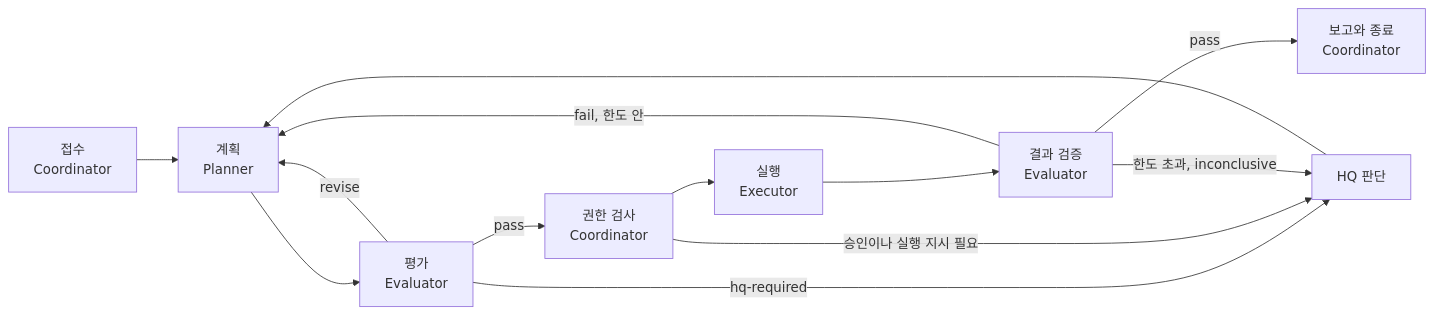
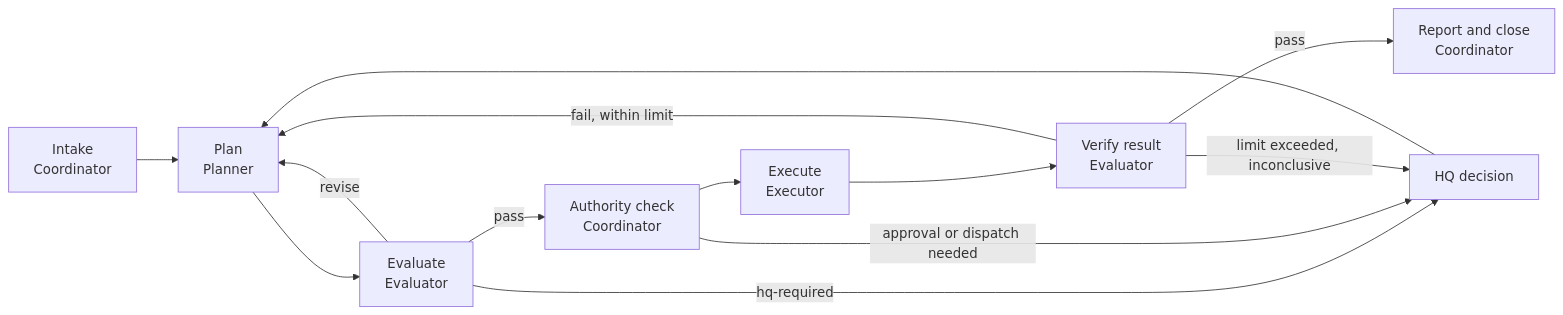
Before and after one commit to jinwoongkwak/AGENT_NODE_GOVERNANCE: the first of 4 diagrams in AI/Workflow_agent.md, drawn with Mermaid. The commit also changed other lines of this file and 43 other files, not shown here.

````diff
--- a/AI/Workflow_agent.md
+++ b/AI/Workflow_agent.md
@@ -46,15 +46,15 @@
 ```mermaid
 flowchart LR
-    I["접수<br/>Coordinator"] --> P["계획<br/>Planner"]
-    P --> E["평가<br/>Evaluator"]
+    I["Intake<br/>Coordinator"] --> P["Plan<br/>Planner"]
+    P --> E["Evaluate<br/>Evaluator"]
     E -->|revise| P
-    E -->|pass| G["권한 검사<br/>Coordinator"]
-    G --> X["실행<br/>Executor"]
-    X --> V["결과 검증<br/>Evaluator"]
-    V -->|fail, 한도 안| P
-    V -->|pass| R["보고와 종료<br/>Coordinator"]
-    E -->|hq-required| H["HQ 판단"]
-    G -->|승인이나 실행 지시 필요| H
-    V -->|한도 초과, inconclusive| H
+    E -->|pass| G["Authority check<br/>Coordinator"]
+    G --> X["Execute<br/>Executor"]
+    X --> V["Verify result<br/>Evaluator"]
+    V -->|fail, within limit| P
+    V -->|pass| R["Report and close<br/>Coordinator"]
+    E -->|hq-required| H["HQ decision"]
+    G -->|approval or dispatch needed| H
+    V -->|limit exceeded, inconclusive| H
     H --> P
 ```
````
